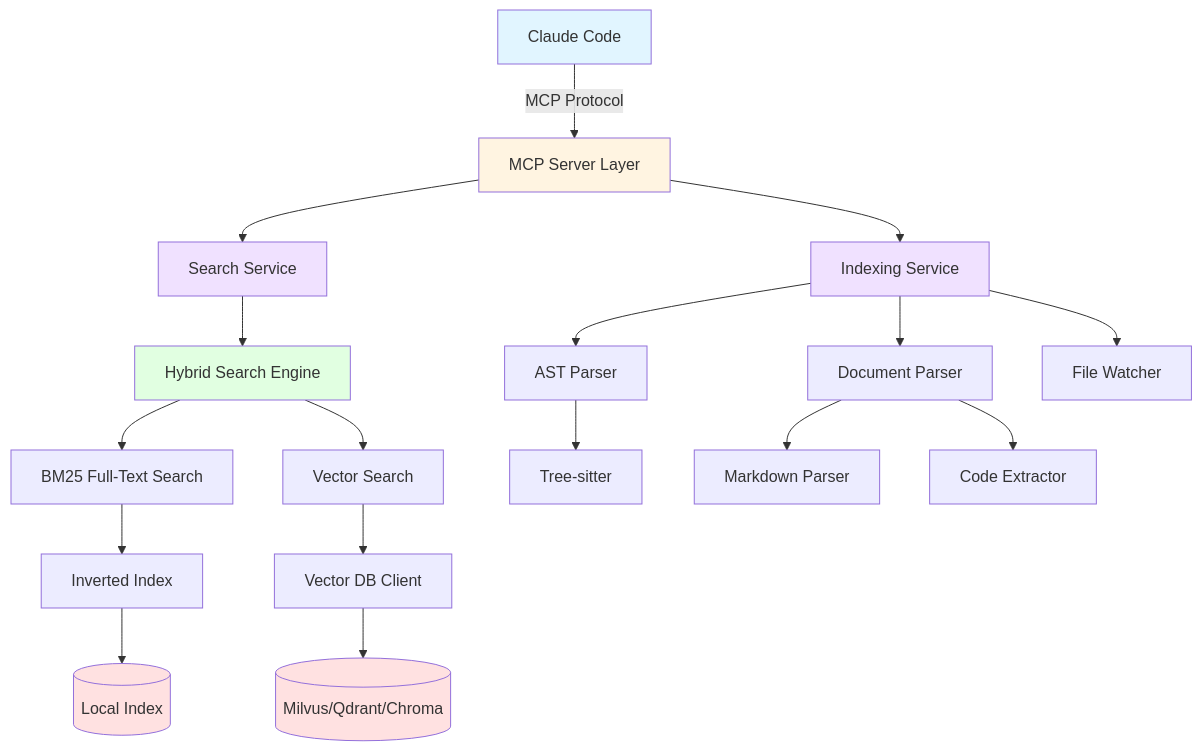
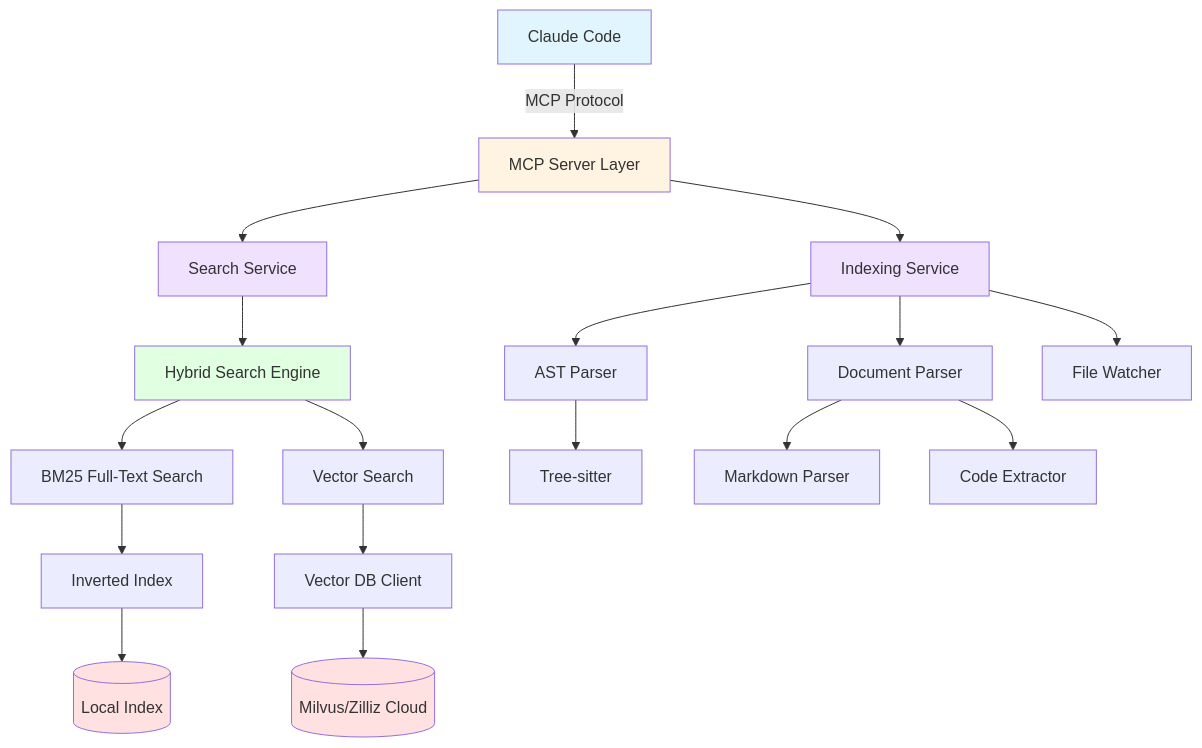
One commit to windschord/context-mcp changed the first of 4 diagrams in docs/design.md. Above: the diagram before and after it, drawn with Mermaid. The commit also changed other lines of this file and 2 other files, not shown here.

````diff
--- a/docs/design.md
+++ b/docs/design.md
@@ -7,32 +7,32 @@
 ```mermaid
 graph TD
     A[Claude Code] -->|MCP Protocol| B[MCP Server Layer]
     B --> C[Search Service]
     B --> D[Indexing Service]
 
     C --> E[Hybrid Search Engine]
     E --> F[BM25 Full-Text Search]
     E --> G[Vector Search]
 
     D --> H[AST Parser]
     D --> I[Document Parser]
     D --> J[File Watcher]
 
     H --> K[Tree-sitter]
     I --> L[Markdown Parser]
     I --> M[Code Extractor]
 
     G --> N[Vector DB Client]
     F --> O[Inverted Index]
 
-    N --> P[(Milvus/Qdrant/Chroma)]
+    N --> P[(Milvus/Zilliz Cloud)]
     O --> Q[(Local Index)]
 
     style A fill:#e1f5ff
     style B fill:#fff4e1
     style C fill:#f0e1ff
     style D fill:#f0e1ff
     style E fill:#e1ffe1
     style P fill:#ffe1e1
     style Q fill:#ffe1e1
 ```
````
